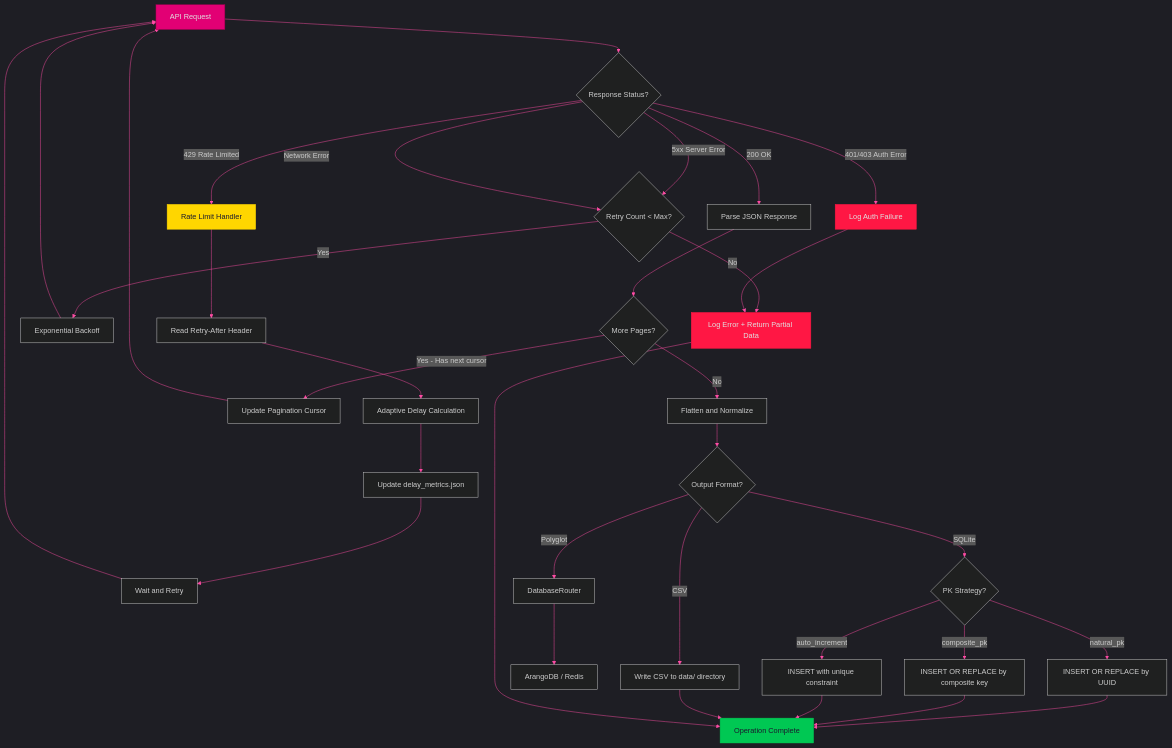
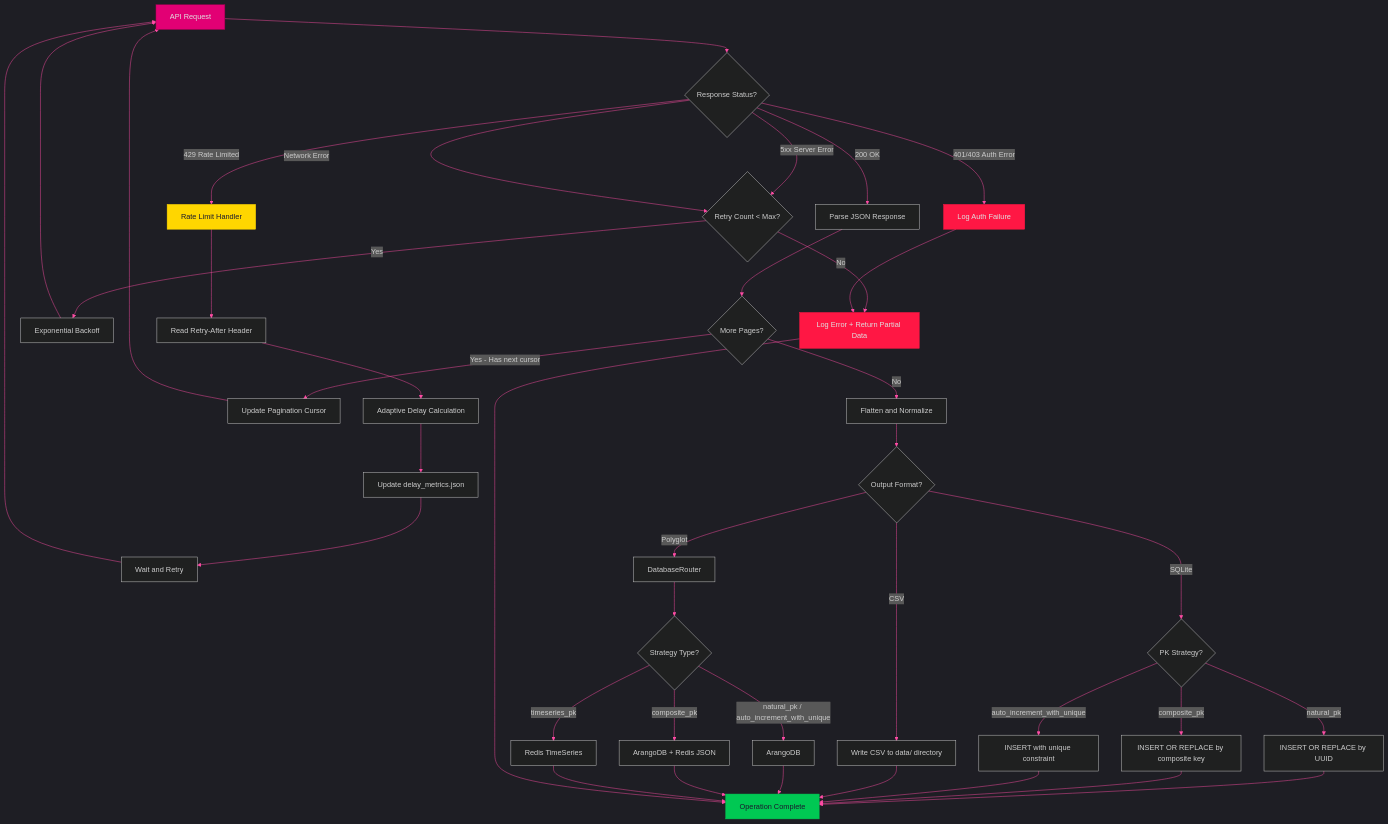
Before and after one commit to jmorrison-juniper/MistHelper: the second of 2 diagrams in documentation/diagrams/core/data-pipeline.md, drawn with Mermaid. The commit also changed other lines of this file and 110 other files, not shown here.

````diff
--- a/documentation/diagrams/core/data-pipeline.md
+++ b/documentation/diagrams/core/data-pipeline.md
@@ -63,58 +63,64 @@
 ```mermaid
 %%{init: {'theme': 'dark', 'themeVariables': {
   'primaryColor': '#E20074',
   'primaryTextColor': '#E0E0E0',
   'primaryBorderColor': '#99004D',
   'lineColor': '#FF4DA6',
   'secondaryColor': '#16213E',
   'tertiaryColor': '#1A1A2E',
   'fontFamily': 'ui-monospace, monospace'
 }}}%%
 flowchart TD
     A[API Request] --> B{Response Status?}
-    
+
     B -->|200 OK| C[Parse JSON Response]
     B -->|429 Rate Limited| D[Rate Limit Handler]
     B -->|401/403 Auth Error| E[Log Auth Failure]
     B -->|5xx Server Error| F{Retry Count < Max?}
     B -->|Network Error| F
-    
+
     D --> G[Read Retry-After Header]
     G --> H[Adaptive Delay Calculation]
     H --> I[Update delay_metrics.json]
     I --> J[Wait and Retry]
     J --> A
-    
+
     F -->|Yes| K[Exponential Backoff]
     K --> A
     F -->|No| L[Log Error + Return Partial Data]
-    
+
     E --> L
-    
+
     C --> M{More Pages?}
     M -->|Yes - Has next cursor| N[Update Pagination Cursor]
     N --> A
     M -->|No| O[Flatten and Normalize]
-    
+
     O --> P{Output Format?}
     P -->|CSV| Q[Write CSV to data/ directory]
     P -->|SQLite| R{PK Strategy?}
     P -->|Polyglot| W[DatabaseRouter]
-    W --> X[ArangoDB / Redis]
-    
+    W --> X{Strategy Type?}
+    X -->|natural_pk / auto_increment_with_unique| Y[ArangoDB]
+    X -->|composite_pk| Z[ArangoDB + Redis JSON]
+    X -->|timeseries_pk| TS[Redis TimeSeries]
+
     R -->|natural_pk| S[INSERT OR REPLACE by UUID]
     R -->|composite_pk| T[INSERT OR REPLACE by composite key]
-    R -->|auto_increment| U[INSERT with unique constraint]
-    
+    R -->|auto_increment_with_unique| U[INSERT with unique constraint]
+
     S --> V[Operation Complete]
     T --> V
     U --> V
     Q --> V
+    Y --> V
+    Z --> V
+    TS --> V
     L --> V
 
     style A fill:#E20074,stroke:#99004D,color:#E0E0E0
     style V fill:#00C853,stroke:#00C853,color:#1A1A2E
     style D fill:#FFD600,stroke:#FFD600,color:#1A1A2E
     style E fill:#FF1744,stroke:#FF1744,color:#E0E0E0
     style L fill:#FF1744,stroke:#FF1744,color:#E0E0E0
 ```
````
